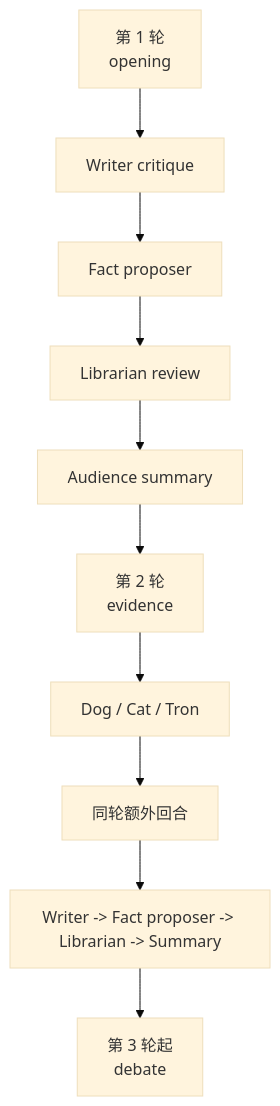
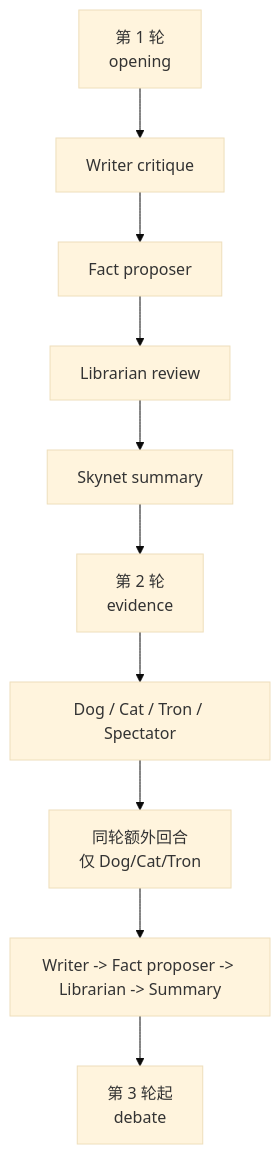
One commit to G-R-O-X/Grox_chat changed the second of 2 diagrams in README_CN.md. Above: the diagram before and after it, drawn with Mermaid (base theme). The commit also changed other lines of this file and 16 other files, not shown here.

````diff
--- a/README_CN.md
+++ b/README_CN.md
@@ -84,12 +115,12 @@
 ```mermaid
 flowchart TD
     R1[第 1 轮<br/>opening] --> W1[Writer critique]
     W1 --> FP1[Fact proposer]
     FP1 --> L1[Librarian review]
-    L1 --> S1[Audience summary]
+    L1 --> S1[Skynet summary]
     S1 --> R2[第 2 轮<br/>evidence]
-    R2 --> NPC2[Dog / Cat / Tron]
-    NPC2 --> Extra2[同轮额外回合]
+    R2 --> NPC2[Dog / Cat / Tron / Spectator]
+    NPC2 --> Extra2[同轮额外回合<br/>仅 Dog/Cat/Tron]
     Extra2 --> W2[Writer -> Fact proposer -> Librarian -> Summary]
     W2 --> R3[第 3 轮起<br/>debate]
 ```
````
